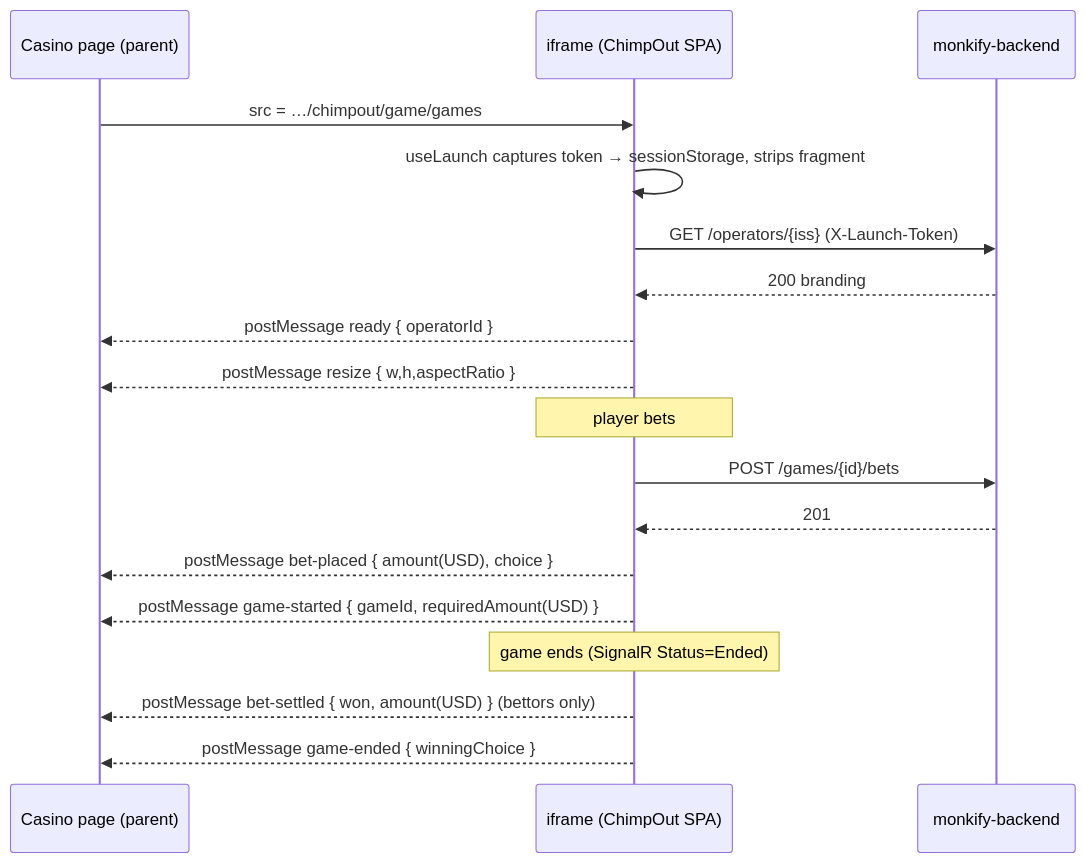
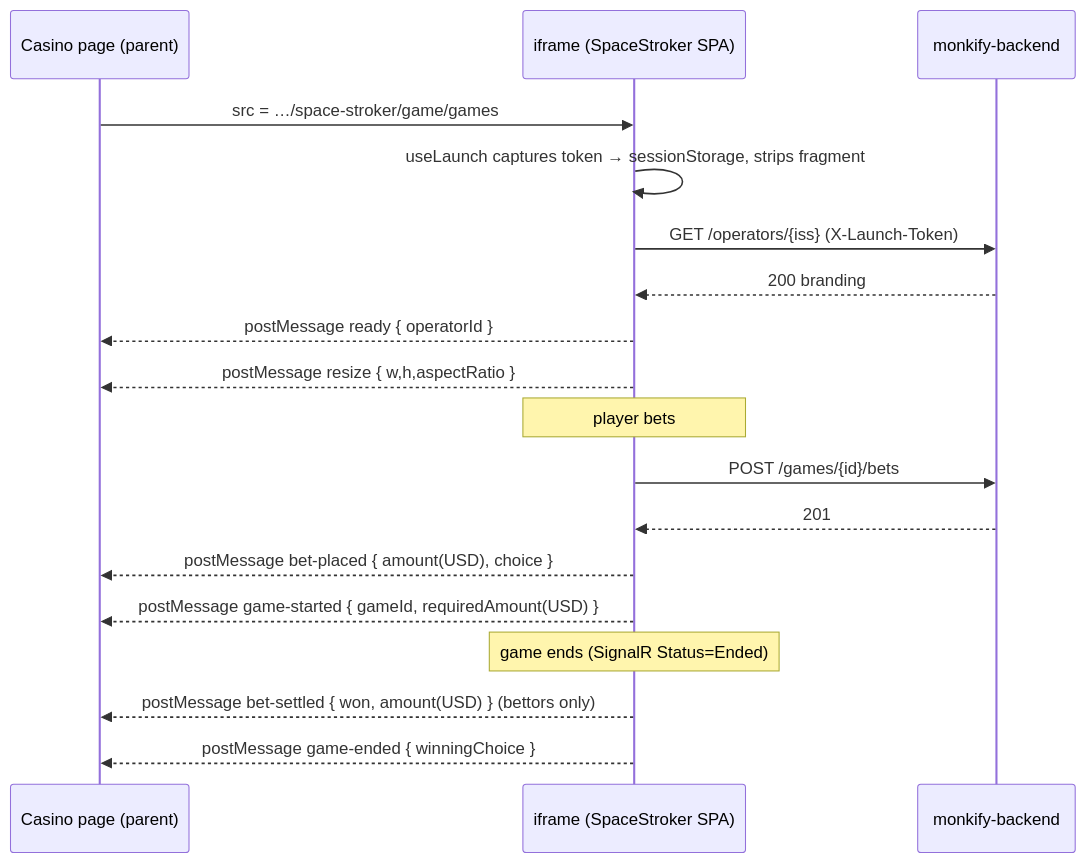
One commit to marcusruas/monkify-meta changed the first of 2 diagrams in specs/iframe-embedding.md. Above: the diagram before and after it, drawn with Mermaid. The commit also changed other lines of this file and 99 other files, not shown here.

First line of the commit message:
Rename ChimpOut -> SpaceStroker across deploy + KB (#75).

````diff
--- a/specs/iframe-embedding.md
+++ b/specs/iframe-embedding.md
@@ -380,21 +380,21 @@
 ```mermaid
 sequenceDiagram
   participant Casino as Casino page (parent)
-  participant Frame as iframe (ChimpOut SPA)
+  participant Frame as iframe (SpaceStroker SPA)
   participant API as monkify-backend
 
-  Casino->>Frame: src = …/chimpout/game/games#launch_token=<jwt>
+  Casino->>Frame: src = …/space-stroker/game/games#launch_token=<jwt>
   Frame->>Frame: useLaunch captures token → sessionStorage, strips fragment
   Frame->>API: GET /operators/{iss}  (X-Launch-Token)
   API-->>Frame: 200 branding
   Frame-->>Casino: postMessage ready { operatorId }
   Frame-->>Casino: postMessage resize { w,h,aspectRatio }
   Note over Frame: player bets
   Frame->>API: POST /games/{id}/bets
   API-->>Frame: 201
   Frame-->>Casino: postMessage bet-placed { amount(USD), choice }
   Frame-->>Casino: postMessage game-started { gameId, requiredAmount(USD) }
   Note over Frame: game ends (SignalR Status=Ended)
   Frame-->>Casino: postMessage bet-settled { won, amount(USD) }  (bettors only)
   Frame-->>Casino: postMessage game-ended { winningChoice }
 ```
````
